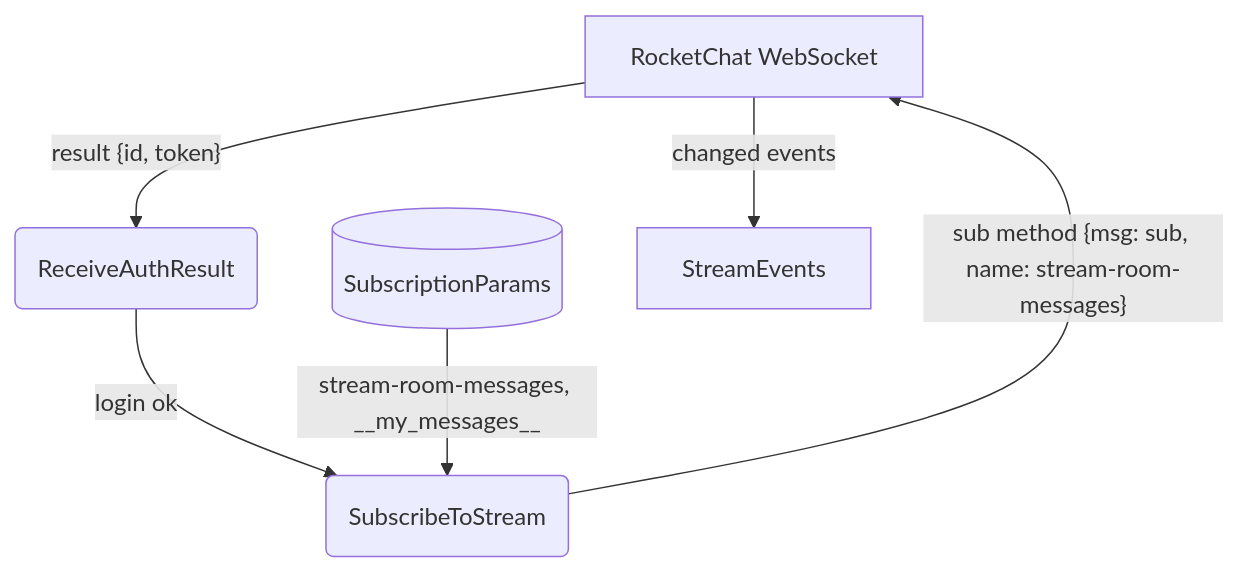
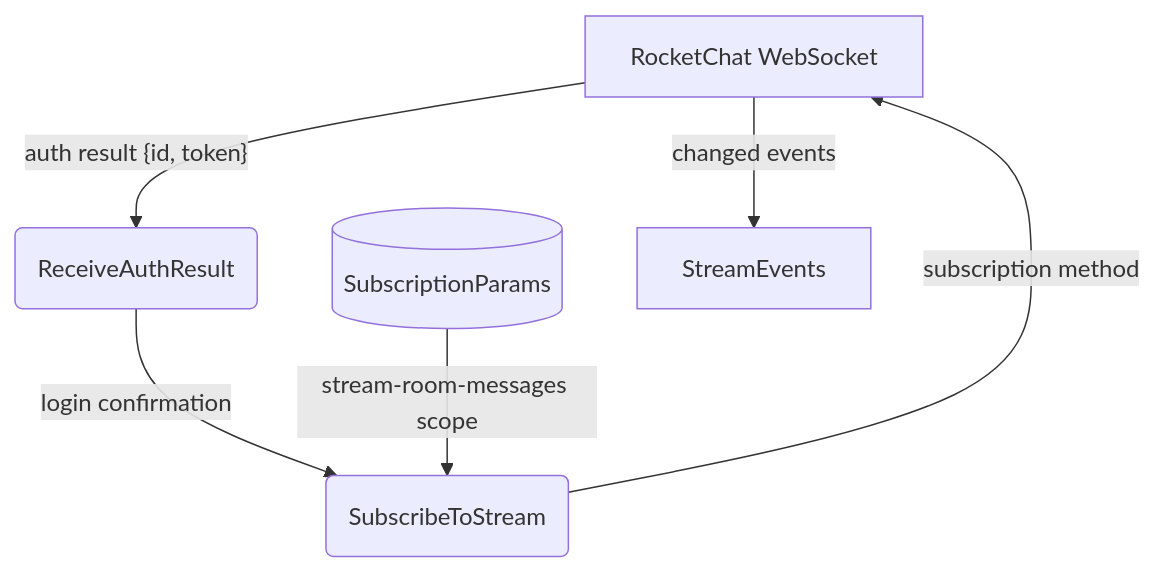
Before and after one commit to cosmoswafer/rockbot: the fifth of 5 diagrams in _dfds/rocketchat.md, drawn with Mermaid. The commit also changed other lines of this file and 7 other files, not shown here.

Commit message:
fix(dfd): add room_name field and room-specific callbacks to rocketchat DFD

````diff
--- a/_dfds/rocketchat.md
+++ b/_dfds/rocketchat.md
@@ -152,14 +147,14 @@
 ```mermaid
 flowchart TD
     WS[RocketChat WebSocket]
     AUTH_RX(ReceiveAuthResult)
     SUB(SubscribeToStream)
     PARAMS[(SubscriptionParams)]
     STREAM_PROC[StreamEvents]
 
-    WS -->|"result {id, token}"| AUTH_RX
-    AUTH_RX -->|"login ok"| SUB
-    PARAMS -->|"stream-room-messages, __my_messages__"| SUB
-    SUB -->|"sub method {msg: sub, name: stream-room-messages}"| WS
+    WS -->|"auth result {id, token}"| AUTH_RX
+    AUTH_RX -->|"login confirmation"| SUB
+    PARAMS -->|"stream-room-messages scope"| SUB
+    SUB -->|"subscription method"| WS
     WS -->|"changed events"| STREAM_PROC
 ```
````
